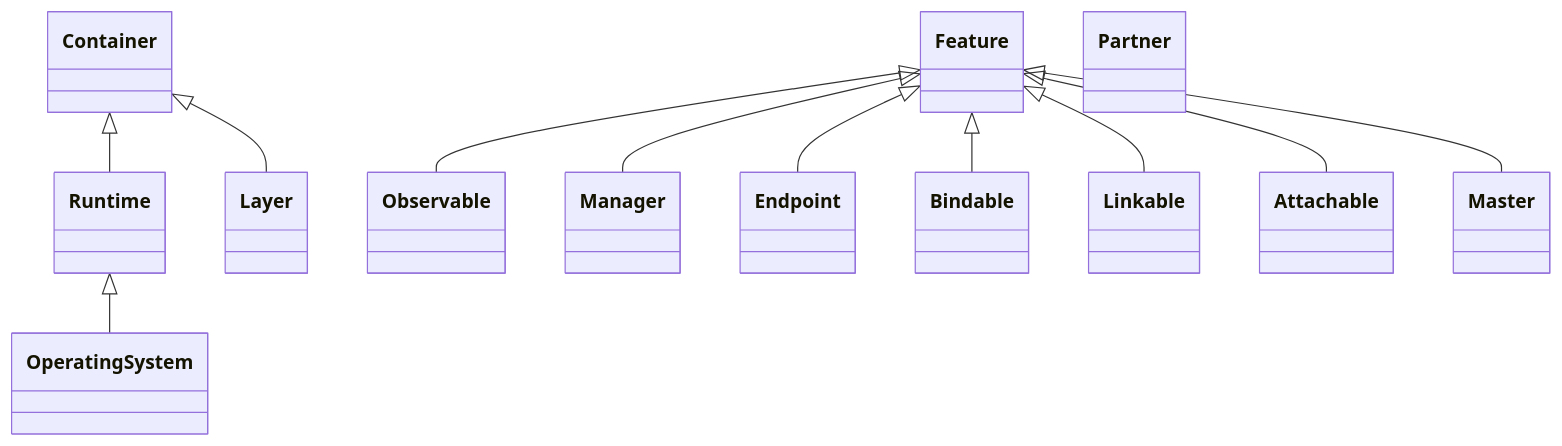
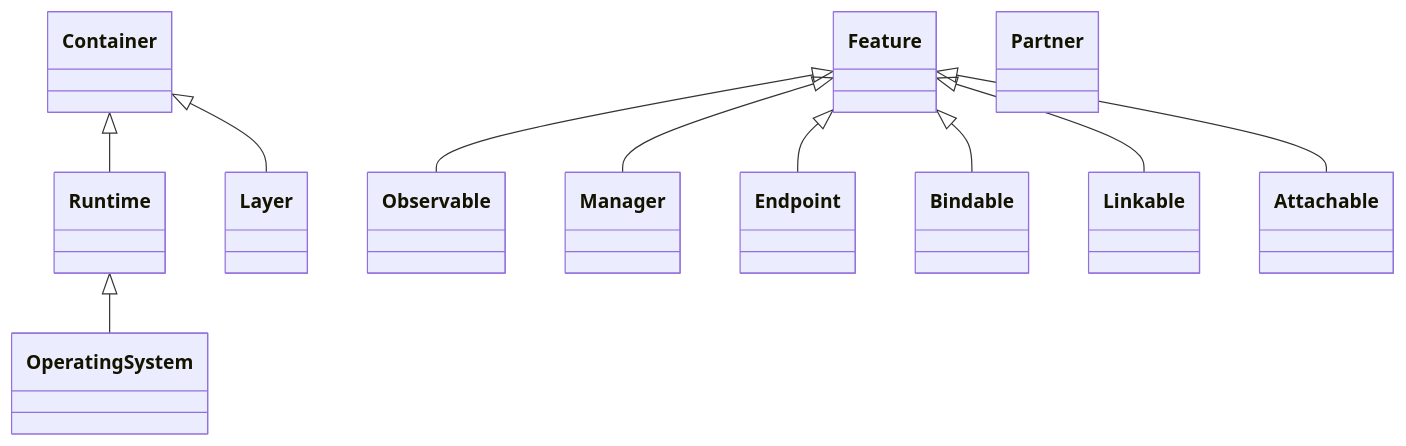
The second of 3 diagrams in profiles/com/ubicity/1.0/README.md (oasis-open/tosca-community-contributions), drawn with Mermaid before and after one commit.

Commit message:
Remove unused Master capability type

````diff
--- a/profiles/com/ubicity/1.0/README.md
+++ b/profiles/com/ubicity/1.0/README.md
@@ -42,14 +42,13 @@
 ```mermaid
 classDiagram
     Container <|-- Runtime
     Runtime <|-- OperatingSystem
     Container <|-- Layer
     Feature <|-- Observable
     Feature <|-- Manager
     Feature <|-- Endpoint
     Feature <|-- Bindable
     Feature <|-- Linkable
     Feature <|-- Attachable
-    Feature <|-- Master
     class Partner
 ```
````
